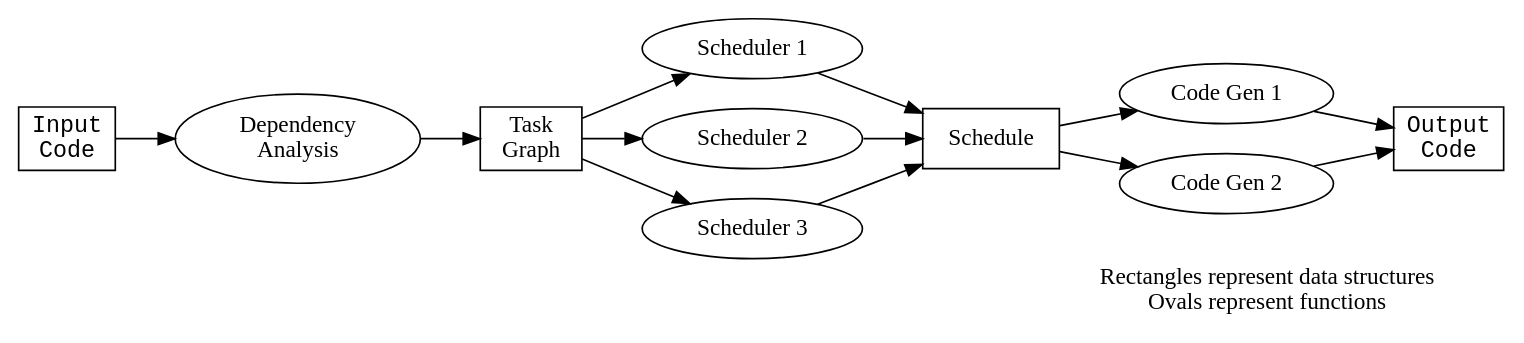
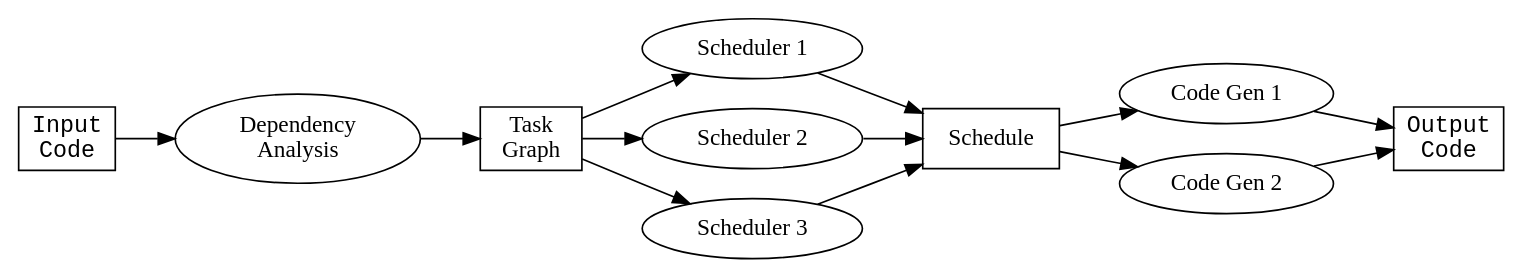
Before and after one commit to clarkfitzg/extensible_rcode: the diagram in modular_model.dot, drawn with Graphviz. The commit also changed 12 other files, not shown here.

```diff
--- a/modular_model.dot
+++ b/modular_model.dot
@@ -1,39 +1,36 @@
 digraph G {
 rankdir = LR;
 //rankdir = TB;
 
 //edge [fontname = "courier"];
 
-label = "Rectangles represent data structures
-Ovals represent functions
-";
 labeljust=right;
 
 node [shape = "rectangle"];
 input [label = "Input\nCode", fontname = "courier"];
 taskgraph [label = "Task\nGraph"];
 schedule [label = "Schedule"];
 output [label = "Output\nCode", fontname = "courier"];
 
 node [shape = "oval"];
 dependency [label = "Dependency\nAnalysis"];
 schedule_algo1 [label = "Scheduler 1"];
 schedule_algo2 [label = "Scheduler 2"];
 schedule_algo3 [label = "Scheduler 3"];
 code_generator1 [label = "Code Gen 1"];
 code_generator2 [label = "Code Gen 2"];
 
 input -> dependency;
 dependency -> taskgraph;
 taskgraph -> schedule_algo1;
 taskgraph -> schedule_algo2;
 taskgraph -> schedule_algo3;
 schedule_algo1 -> schedule;
 schedule_algo2 -> schedule;
 schedule_algo3 -> schedule;
 schedule -> code_generator1;
 schedule -> code_generator2;
 code_generator1 -> output;
 code_generator2 -> output;
 
 }
```
